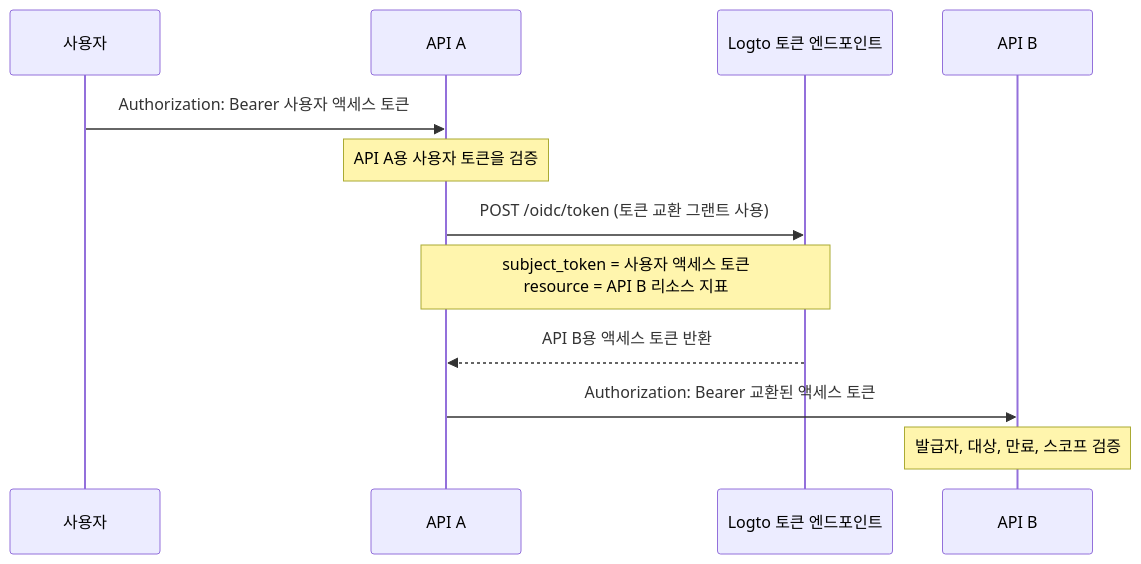
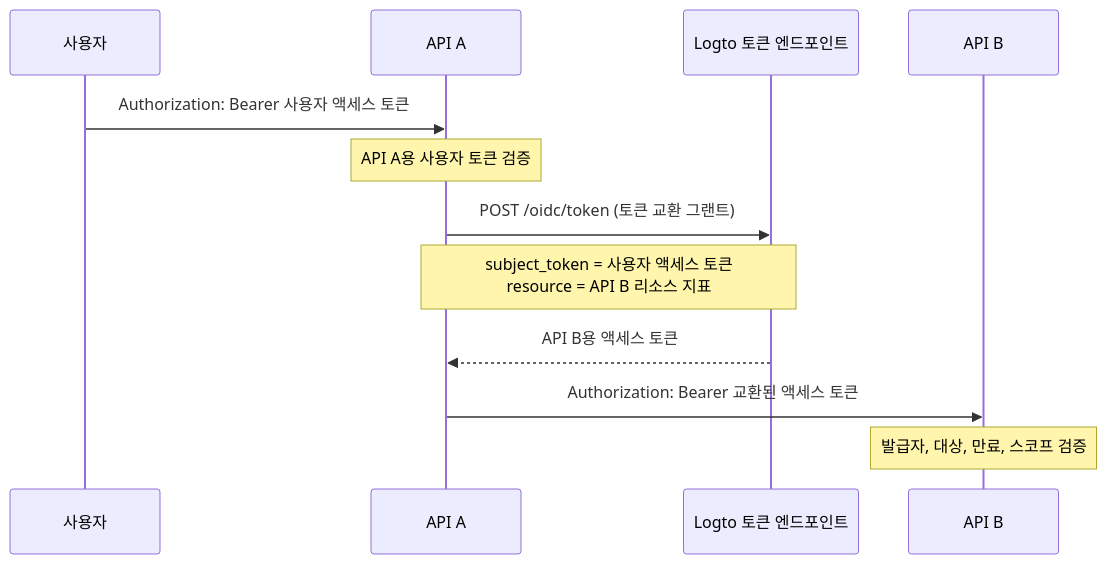
One commit to logto-io/docs changed the diagram in i18n/ko/docusaurus-plugin-content-docs/current/developers/service-to-service-delegation.mdx. Above: the diagram before and after it, drawn with Mermaid. The commit also changed other lines of this file and 161 other files, not shown here.

````diff
--- a/i18n/ko/docusaurus-plugin-content-docs/current/developers/service-to-service-delegation.mdx
+++ b/i18n/ko/docusaurus-plugin-content-docs/current/developers/service-to-service-delegation.mdx
@@ -40,17 +40,17 @@
 ```mermaid
 sequenceDiagram
     participant User as 사용자
     participant ApiA as API A
     participant Logto as Logto 토큰 엔드포인트
     participant ApiB as API B
 
     User->>ApiA: Authorization: Bearer 사용자 액세스 토큰
-    Note over ApiA: API A용 사용자 토큰을 검증
+    Note over ApiA: API A용 사용자 토큰 검증
 
-    ApiA->>Logto: POST /oidc/token (토큰 교환 그랜트 사용)
+    ApiA->>Logto: POST /oidc/token (토큰 교환 그랜트)
     Note over ApiA,Logto: subject_token = 사용자 액세스 토큰<br/>resource = API B 리소스 지표
 
-    Logto-->>ApiA: API B용 액세스 토큰 반환
+    Logto-->>ApiA: API B용 액세스 토큰
     ApiA->>ApiB: Authorization: Bearer 교환된 액세스 토큰
     Note over ApiB: 발급자, 대상, 만료, 스코프 검증
 ```
````
